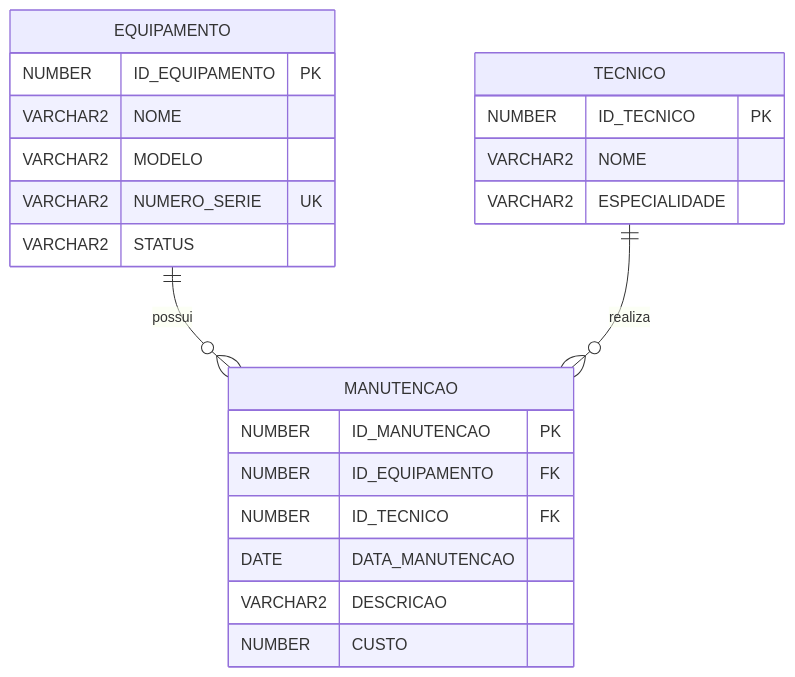
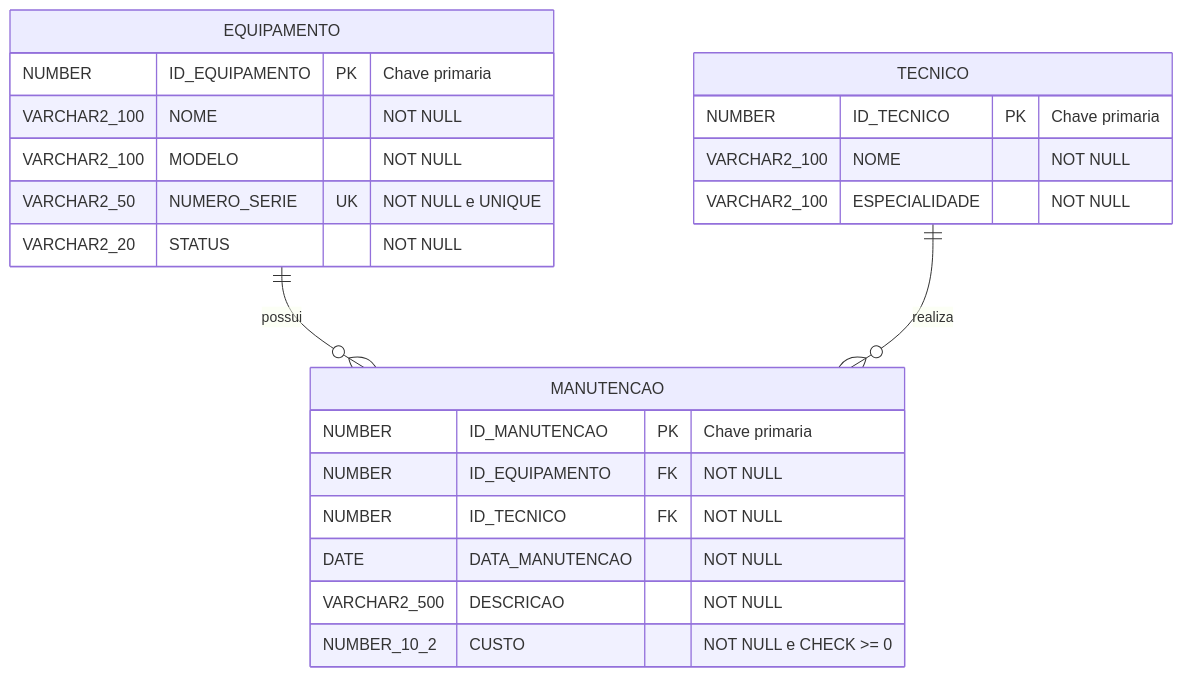
Before and after one commit to ValdineideSchunk/gestao-manutencao: the diagram in docs/diagrama_relacional.mmd, drawn with Mermaid. The commit also changed 30 other files, not shown here.

```diff
--- a/docs/diagrama_relacional.mmd
+++ b/docs/diagrama_relacional.mmd
@@ -1,26 +1,28 @@
+
 erDiagram
+
     EQUIPAMENTO ||--o{ MANUTENCAO : possui
     TECNICO ||--o{ MANUTENCAO : realiza
 
     EQUIPAMENTO {
-        NUMBER ID_EQUIPAMENTO PK
-        VARCHAR2 NOME
-        VARCHAR2 MODELO
-        VARCHAR2 NUMERO_SERIE UK
-        VARCHAR2 STATUS
+        NUMBER ID_EQUIPAMENTO PK "Chave primaria"
+        VARCHAR2_100 NOME "NOT NULL"
+        VARCHAR2_100 MODELO "NOT NULL"
+        VARCHAR2_50 NUMERO_SERIE UK "NOT NULL e UNIQUE"
+        VARCHAR2_20 STATUS "NOT NULL"
     }
 
     TECNICO {
-        NUMBER ID_TECNICO PK
-        VARCHAR2 NOME
-        VARCHAR2 ESPECIALIDADE
+        NUMBER ID_TECNICO PK "Chave primaria"
+        VARCHAR2_100 NOME "NOT NULL"
+        VARCHAR2_100 ESPECIALIDADE "NOT NULL"
     }
 
     MANUTENCAO {
-        NUMBER ID_MANUTENCAO PK
-        NUMBER ID_EQUIPAMENTO FK
-        NUMBER ID_TECNICO FK
-        DATE DATA_MANUTENCAO
-        VARCHAR2 DESCRICAO
-        NUMBER CUSTO
+        NUMBER ID_MANUTENCAO PK "Chave primaria"
+        NUMBER ID_EQUIPAMENTO FK "NOT NULL"
+        NUMBER ID_TECNICO FK "NOT NULL"
+        DATE DATA_MANUTENCAO "NOT NULL"
+        VARCHAR2_500 DESCRICAO "NOT NULL"
+        NUMBER_10_2 CUSTO "NOT NULL e CHECK >= 0"
     }
```
